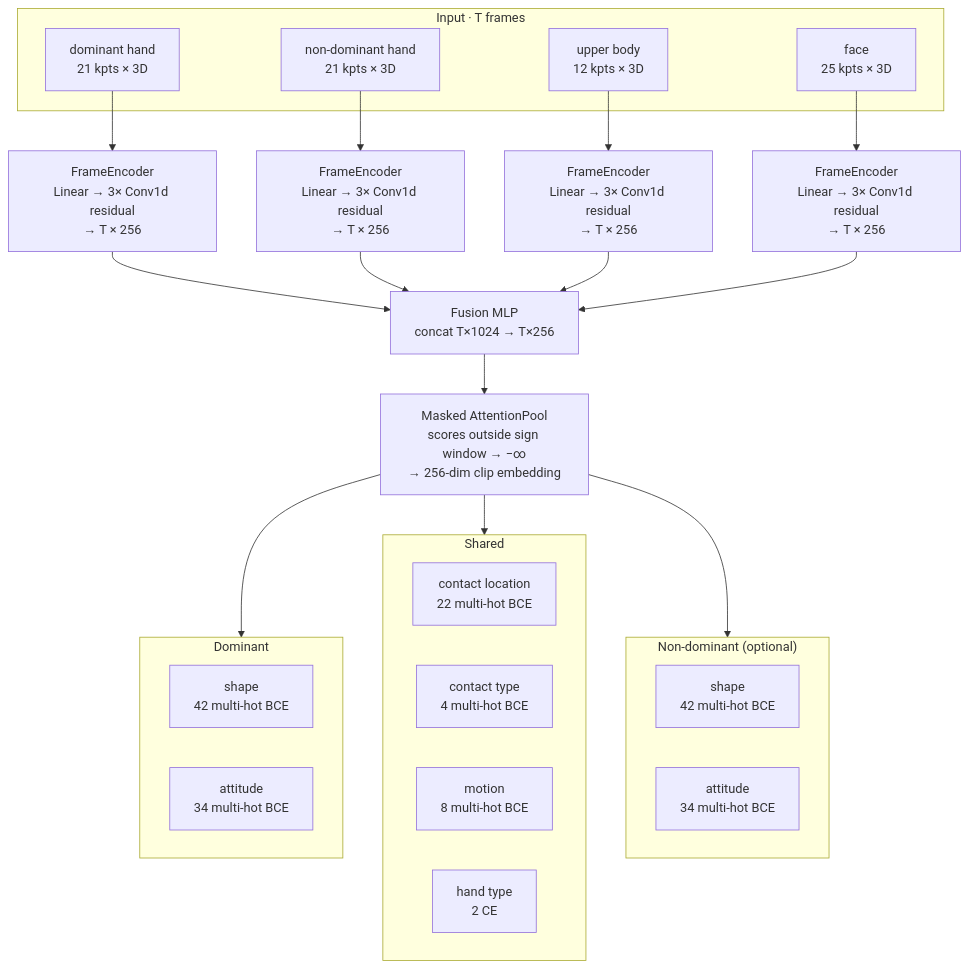
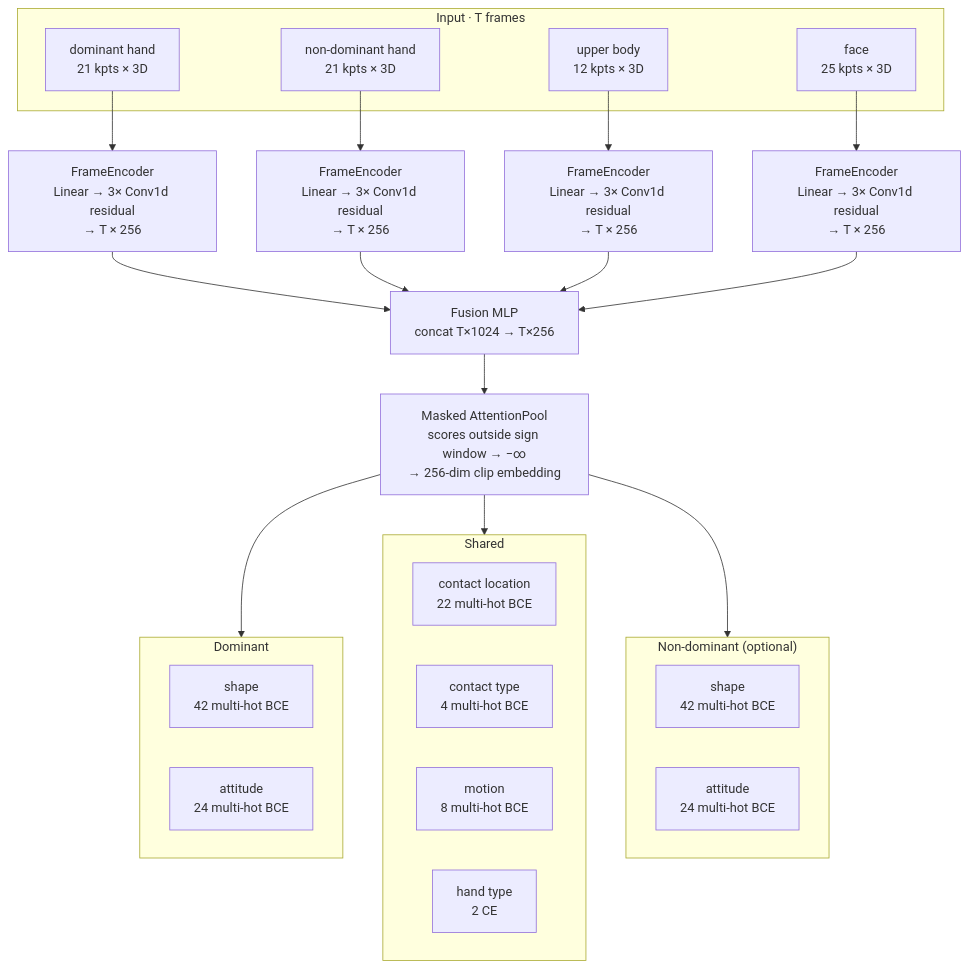
Before and after one commit to tmh-signlanguage/stsnet: the diagram in README.md, drawn with Mermaid. The commit also changed other lines of this file, not shown here.

Commit message:
Fix att vocab count: 34 → 24 (10 degenerate orientations removed in combined_v3)
The current checkpoint (stsnet_v02.pt = clip_nd_att_combined_v3) uses a
24-class attitude vocabulary after filtering 10 physically-impossible
same-axis riktad/vänd combinations (BLOCKED_ATTS). Update README table,
details lists, and Mermaid diagram to match.

Claude-Session: https://claude.ai/code/session_01HhRutBeto27useDvQrc4to

````diff
--- a/README.md
+++ b/README.md
@@ -34,37 +34,37 @@
 ```mermaid
 flowchart TD
     subgraph streams["Input  ·  T frames"]
         d["dominant hand\n21 kpts × 3D"]
         nd["non-dominant hand\n21 kpts × 3D"]
         b["upper body\n12 kpts × 3D"]
         f["face\n25 kpts × 3D"]
     end
 
     d  --> fe1["FrameEncoder\nLinear → 3× Conv1d residual\n→ T × 256"]
     nd --> fe2["FrameEncoder\nLinear → 3× Conv1d residual\n→ T × 256"]
     b  --> fe3["FrameEncoder\nLinear → 3× Conv1d residual\n→ T × 256"]
     f  --> fe4["FrameEncoder\nLinear → 3× Conv1d residual\n→ T × 256"]
 
     fe1 & fe2 & fe3 & fe4 --> fuse["Fusion MLP\nconcat T×1024  →  T×256"]
 
     fuse --> pool["Masked AttentionPool\nscores outside sign window → −∞\n→ 256-dim clip embedding"]
 
     subgraph dom["Dominant"]
         h1["shape\n42  multi-hot BCE"]
-        h2["attitude\n34  multi-hot BCE"]
+        h2["attitude\n24  multi-hot BCE"]
     end
     subgraph shared["Shared"]
         h3["contact location\n22  multi-hot BCE"]
         h4["contact type\n4  multi-hot BCE"]
         h5["motion\n8  multi-hot BCE"]
         h6["hand type\n2  CE"]
     end
     subgraph nondom["Non-dominant  (optional)"]
         h7["shape\n42  multi-hot BCE"]
-        h8["attitude\n34  multi-hot BCE"]
+        h8["attitude\n24  multi-hot BCE"]
     end
 
     pool --> dom
     pool --> shared
     pool --> nondom
 ```
````
